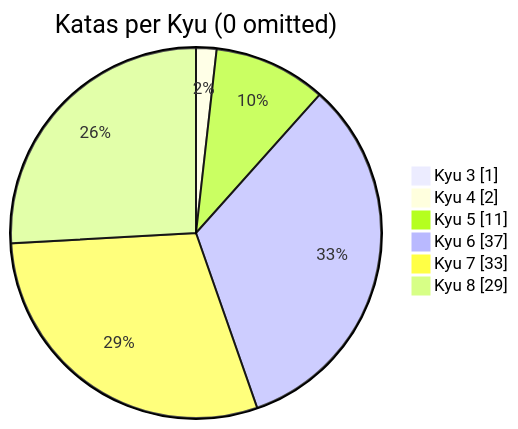
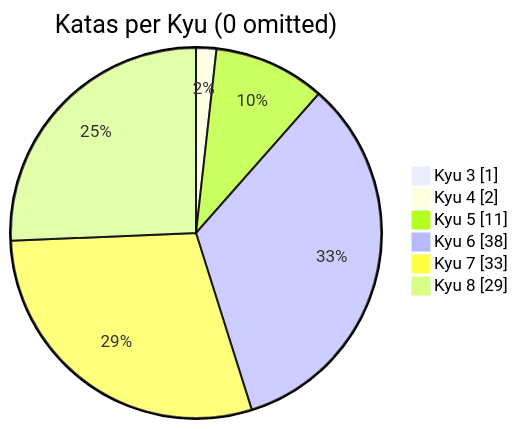
Before and after one commit to MauricioLudwig/codewars-typescript: the diagram in README.md, drawn with Mermaid. The commit also changed other lines of this file, not shown here.

````diff
--- a/README.md
+++ b/README.md
@@ -21,10 +21,10 @@
 ```mermaid
 pie showData
     title Katas per Kyu (0 omitted)
 	"Kyu 3": 1
 	"Kyu 4": 2
 	"Kyu 5": 11
-	"Kyu 6": 37
+	"Kyu 6": 38
 	"Kyu 7": 33
 	"Kyu 8": 29
 ```
````
